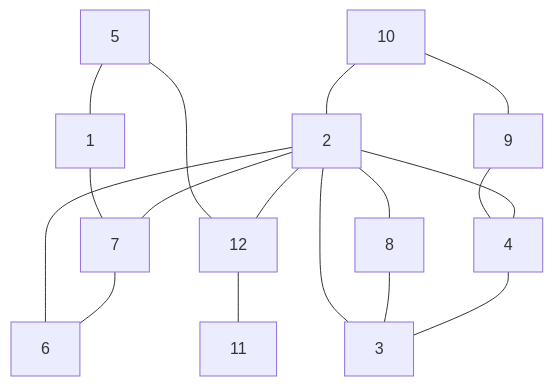
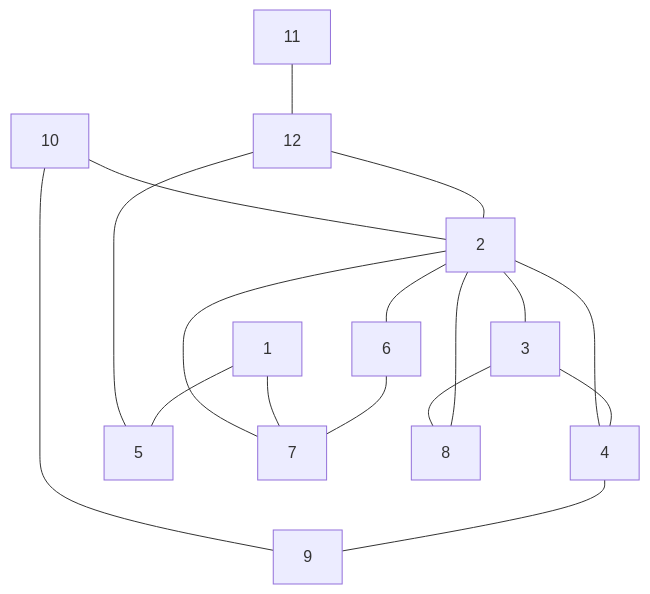
The diagram in README.md (antononcube/Raku-Graph), drawn with Mermaid before and after one commit. The commit also changed other lines of this file and 1 other file, not shown here.

````diff
--- a/README.md
+++ b/README.md
@@ -156,19 +156,19 @@
 ```mermaid
 graph TD
+6 --- 7
+2 --- 6
+4 --- 9
+3 --- 4
+2 --- 4
+11 --- 12
+1 --- 5
+12 --- 5
+1 --- 7
+10 --- 9
+2 --- 8
+12 --- 2
+2 --- 3
+2 --- 7
 10 --- 2
-10 --- 9
-9 --- 4
-5 --- 1
-5 --- 12
-1 --- 7
-2 --- 6
-2 --- 8
-2 --- 3
-2 --- 4
-2 --- 7
-2 --- 12
-12 --- 11
-7 --- 6
-8 --- 3
-4 --- 3
+3 --- 8
 ```
````
